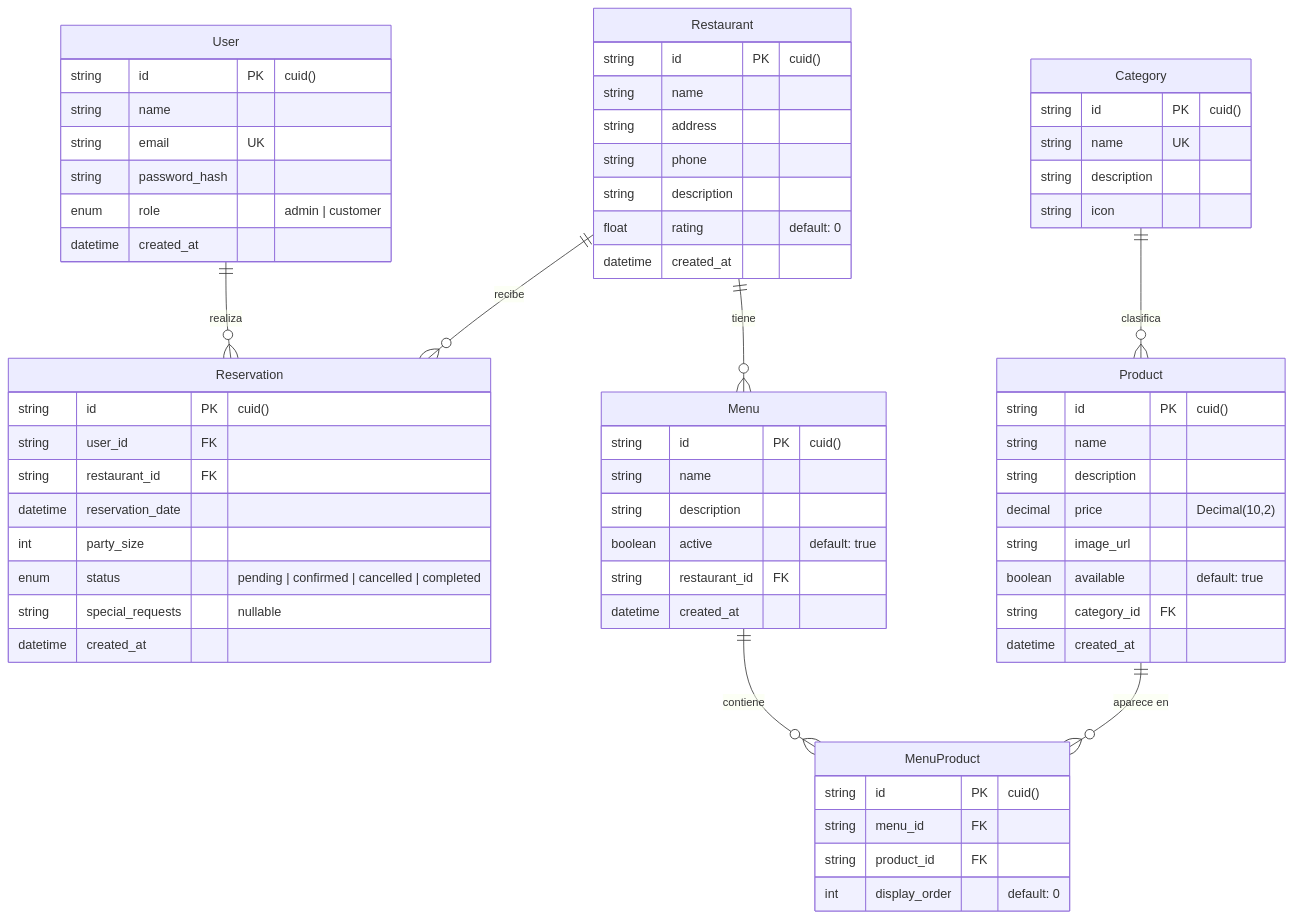
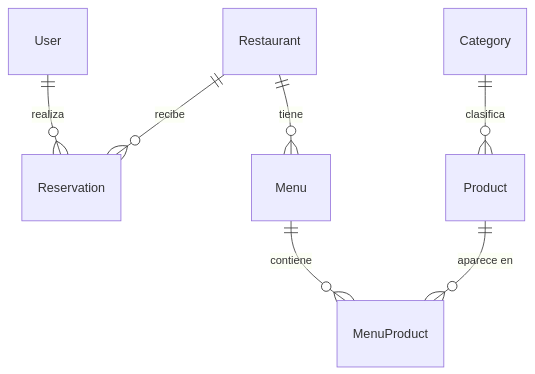
One commit to JoseJimenez01/Analysis-Process_OLAP changed the first of 2 diagrams in README.md. Above: the diagram before and after it, drawn with Mermaid. The commit also changed other lines of this file and 124 other files, not shown here.

````diff
--- a/README.md
+++ b/README.md
@@ -194,73 +435,9 @@
 ```mermaid
 erDiagram
     User ||--o{ Reservation : "realiza"
     Restaurant ||--o{ Menu : "tiene"
     Restaurant ||--o{ Reservation : "recibe"
     Category ||--o{ Product : "clasifica"
     Menu ||--o{ MenuProduct : "contiene"
     Product ||--o{ MenuProduct : "aparece en"
-
-    User {
-        string id PK "cuid()"
-        string name
-        string email UK
-        string password_hash
-        enum role "admin | customer"
-        datetime created_at
-    }
-
-    Restaurant {
-        string id PK "cuid()"
-        string name
-        string address
-        string phone
-        string description
-        float rating "default: 0"
-        datetime created_at
-    }
-
-    Category {
-        string id PK "cuid()"
-        string name UK
-        string description
-        string icon
-    }
-
-    Product {
-        string id PK "cuid()"
-        string name
-        string description
-        decimal price "Decimal(10,2)"
-        string image_url
-        boolean available "default: true"
-        string category_id FK
-        datetime created_at
-    }
-
-    Menu {
-        string id PK "cuid()"
-        string name
-        string description
-        boolean active "default: true"
-        string restaurant_id FK
-        datetime created_at
-    }
-
-    MenuProduct {
-        string id PK "cuid()"
-        string menu_id FK
-        string product_id FK
-        int display_order "default: 0"
-    }
-
-    Reservation {
-        string id PK "cuid()"
-        string user_id FK
-        string restaurant_id FK
-        datetime reservation_date
-        int party_size
-        enum status "pending | confirmed | cancelled | completed"
-        string special_requests "nullable"
-        datetime created_at
-    }
 ```
````
